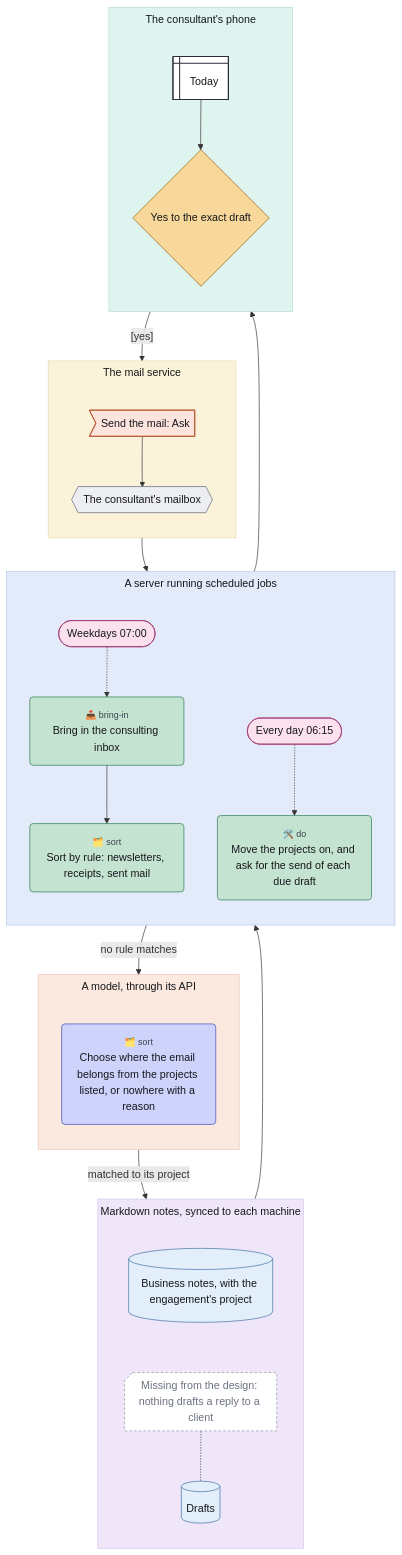
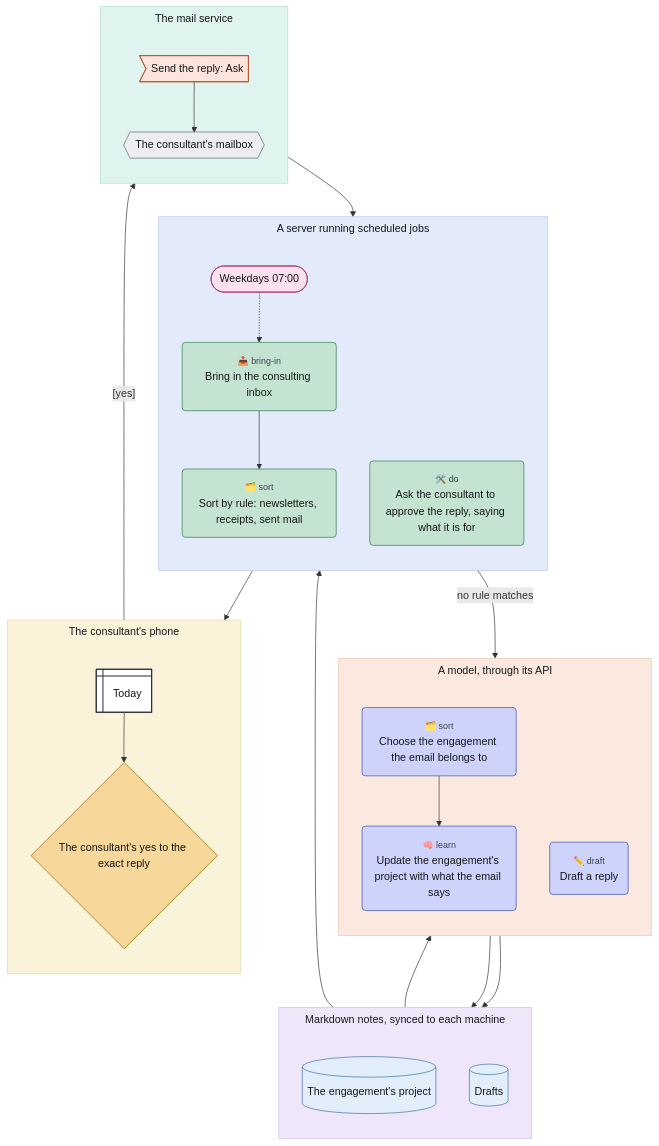
Before and after one commit to chrismdp/awml: the diagram in examples/client-email-where.mmd, drawn with Mermaid. The commit also changed 5 other files, not shown here.

First line of the commit message:
Draw the client's email as a complete workflow

```diff
--- a/examples/client-email-where.mmd
+++ b/examples/client-email-where.mmd
@@ -1,76 +1,75 @@
 ---
 config:
   theme: default
   flowchart:
     useMaxWidth: false
     subGraphTitleMargin:
       top: 6
       bottom: 30
 ---
 flowchart TB
   subgraph server["A server running scheduled jobs"]
     direction TB
     weekdays(["Weekdays 07:00"])
     bring("<small style='color:#3d434f'>📥 bring-in</small><br>Bring in the consulting inbox")
     rules("<small style='color:#3d434f'>🗂️ sort</small><br>Sort by rule: newsletters, receipts, sent mail")
-    daily(["Every day 06:15"])
-    advance("<small style='color:#3d434f'>🛠️ do</small><br>Move the projects on, and ask for the send of each due draft")
+    ask("<small style='color:#3d434f'>🛠️ do</small><br>Ask the consultant to approve the reply, saying what it is for")
   end
   subgraph model["A model, through its API"]
     direction TB
-    sort("<small style='color:#3d434f'>🗂️ sort</small><br>Choose where the email belongs from the projects listed, or nowhere with a reason")
+    choose("<small style='color:#3d434f'>🗂️ sort</small><br>Choose the engagement the email belongs to")
+    learn("<small style='color:#3d434f'>🧠 learn</small><br>Update the engagement's project with what the email says")
+    draft("<small style='color:#3d434f'>✏️ draft</small><br>Draft a reply")
   end
   subgraph files["Markdown notes, synced to each machine"]
     direction TB
-    notes[("Business notes, with the engagement's project")]
+    project[("The engagement's project")]
     drafts[("Drafts")]
-    draft_gap@{ shape: notch-rect, label: "Missing from the design: nothing drafts a reply to a client" }
-  end
-  subgraph mailservice["The mail service"]
-    direction TB
-    mail{{"The consultant's mailbox"}}
-    send>"Send the mail: Ask"]
   end
   subgraph phone["The consultant's phone"]
     direction TB
     today@{ shape: win-pane, label: "Today" }
-    approve{"Yes to the exact draft"}
+    approve{"The consultant's yes to the exact reply"}
+  end
+  subgraph mailservice["The mail service"]
+    direction TB
+    mailbox{{"The consultant's mailbox"}}
+    send>"Send the reply: Ask"]
   end
 
   weekdays -.-> bring
-  mail --> bring
+  mailbox --> bring
   bring --> rules
-  rules -->|"no rule matches"| sort
-  sort -->|"matched to its project"| notes
-  notes ~~~ draft_gap
-  draft_gap -.- drafts
-  daily -.-> advance
-  drafts --> advance
-  advance --> today
+  rules -->|"no rule matches"| choose
+  choose --> learn
+  learn --> project
+  project --> draft
+  draft --> drafts
+  drafts --> ask
+  ask --> today
   today --> approve
   approve -->|"[yes]"| send
-  send --> mail
+  send --> mailbox
   classDef trig fill:#fbe1ee,stroke:#a33a74,color:#16171b
   classDef ctx fill:#e2eef9,stroke:#3d6fa3,color:#16171b
   classDef con fill:#eceef2,stroke:#5d6472,color:#16171b
   classDef surf fill:#ffffff,stroke:#2a2d35,stroke-width:1.5px,color:#16171b
   classDef out fill:#fde4dc,stroke:#b5532f,color:#16171b
   classDef ai fill:#cdd3fb,stroke:#3b4bb0,color:#16171b
   classDef rule fill:#c4e3d1,stroke:#2b7a4f,color:#16171b
   classDef human fill:#f7d79a,stroke:#9a6100,color:#16171b
   classDef uml fill:#16171b,stroke:#16171b,color:#16171b
   classDef gap fill:#ffffff,stroke:#8a93a3,stroke-dasharray:4 3,color:#6b7280
-  class weekdays,daily trig
-  class notes,drafts ctx
-  class mail con
+  class weekdays trig
+  class project,drafts ctx
+  class mailbox con
   class today surf
   class send out
-  class sort ai
-  class bring,rules,advance rule
+  class choose,learn,draft ai
+  class bring,rules,ask rule
   class approve human
-  class draft_gap gap
   style server fill:#e3ebfa,stroke:#b9c8e8,color:#16171b
   style model fill:#fbe9df,stroke:#ecc7b2,color:#16171b
   style files fill:#efe6fa,stroke:#d3c2ea,color:#16171b
-  style mailservice fill:#fbf3d9,stroke:#e8d9a6,color:#16171b
-  style phone fill:#dff3ef,stroke:#b4ddd4,color:#16171b
+  style phone fill:#fbf3d9,stroke:#e8d9a6,color:#16171b
+  style mailservice fill:#dff3ef,stroke:#b4ddd4,color:#16171b
```
